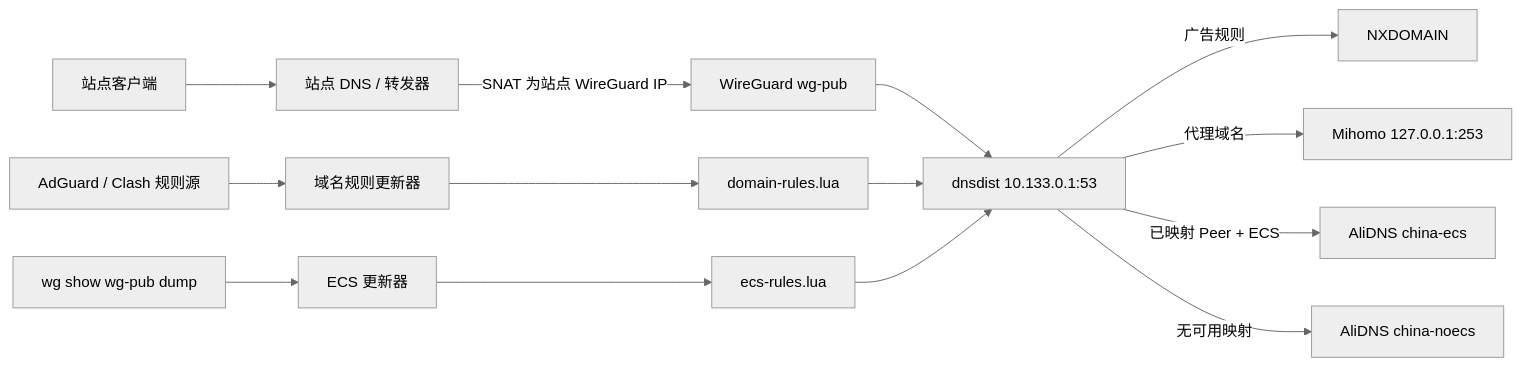
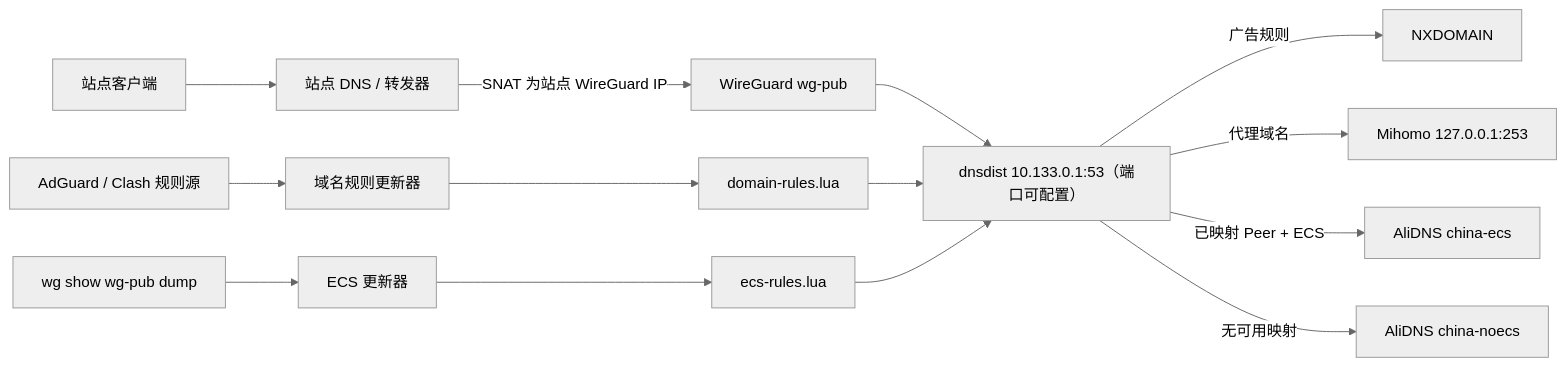
The first of 4 diagrams in ARCH.md (AfxMsgBox/dnsdist), drawn with Mermaid (neutral theme) before and after one commit. The commit also changed other lines of this file and 9 other files, not shown here.

````diff
--- a/ARCH.md
+++ b/ARCH.md
@@ -21,19 +21,19 @@
 ```mermaid
 flowchart LR
     Client["站点客户端"] --> SiteDNS["站点 DNS / 转发器"]
     SiteDNS -->|"SNAT 为站点 WireGuard IP"| WG["WireGuard wg-pub"]
-    WG --> DNSDist["dnsdist 10.133.0.1:53"]
+    WG --> DNSDist["dnsdist 10.133.0.1:53（端口可配置）"]
 
     DNSDist -->|"广告规则"| NX["NXDOMAIN"]
     DNSDist -->|"代理域名"| Mihomo["Mihomo 127.0.0.1:253"]
     DNSDist -->|"已映射 Peer + ECS"| AliECS["AliDNS china-ecs"]
     DNSDist -->|"无可用映射"| AliNoECS["AliDNS china-noecs"]
 
     DomainSources["AdGuard / Clash 规则源"] --> DomainUpdater["域名规则更新器"]
     DomainUpdater --> DomainLua["domain-rules.lua"]
     DomainLua --> DNSDist
 
     WGState["wg show wg-pub dump"] --> ECSUpdater["ECS 更新器"]
     ECSUpdater --> ECSLua["ecs-rules.lua"]
     ECSLua --> DNSDist
 ```
````
